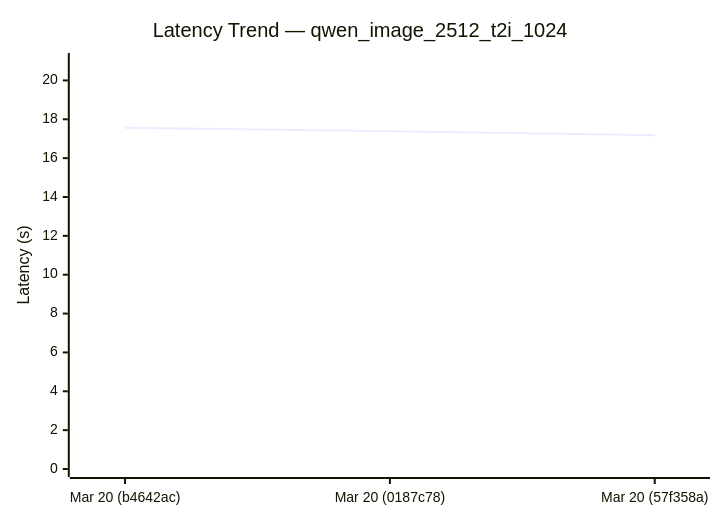
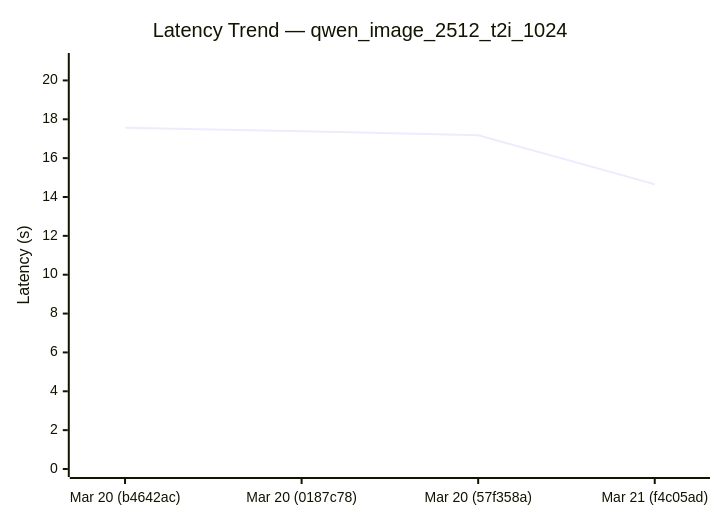
Before and after one commit to sglang-bot/sglang-ci-data: the third of 8 diagrams in diffusion-comparisons/dashboard.md, drawn with Mermaid. The commit also changed other lines of this file and 1 other file, not shown here.

````diff
--- a/diffusion-comparisons/dashboard.md
+++ b/diffusion-comparisons/dashboard.md
@@ -56,7 +57,7 @@
 ```mermaid
 xychart-beta
   title "Latency Trend — qwen_image_2512_t2i_1024"
-  x-axis ["Mar 20 (b4642ac)", "Mar 20 (0187c78)", "Mar 20 (57f358a)"]
+  x-axis ["Mar 20 (b4642ac)", "Mar 20 (0187c78)", "Mar 20 (57f358a)", "Mar 21 (f4c05ad)"]
   y-axis "Latency (s)" 0 --> 21
-  line [17.56, 17.39, 17.18]
+  line [17.56, 17.39, 17.18, 14.66]
 ```
````
